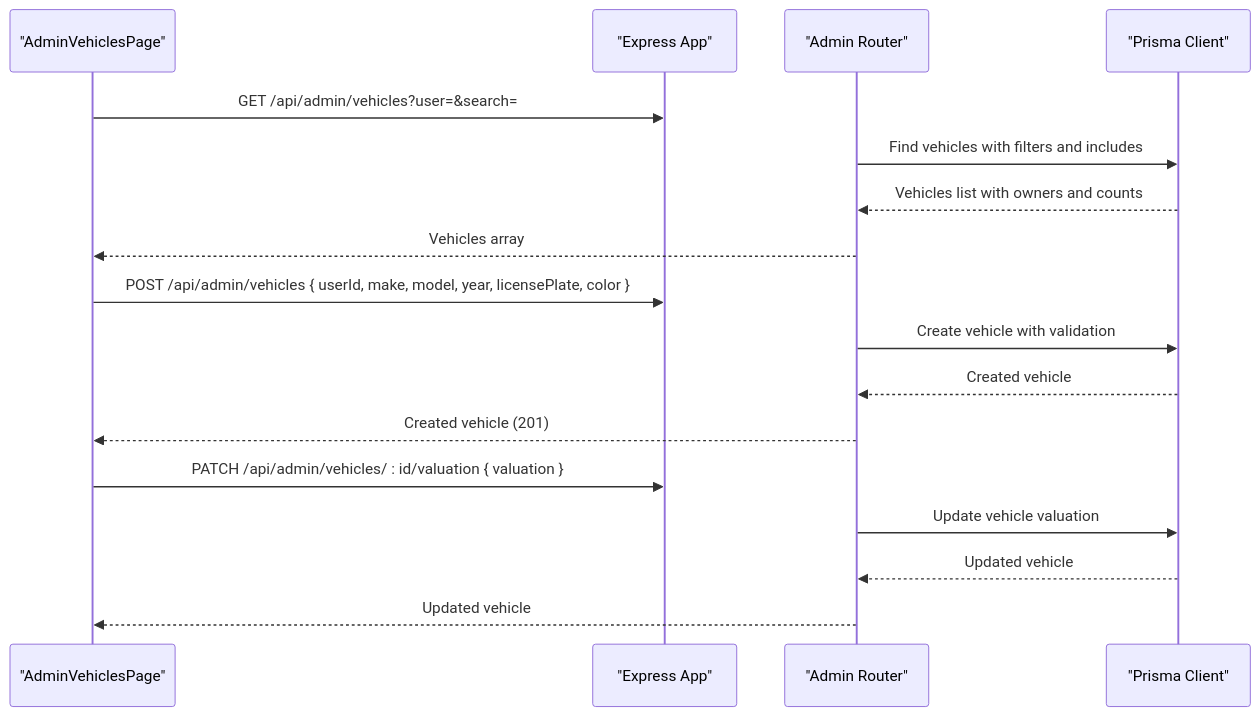
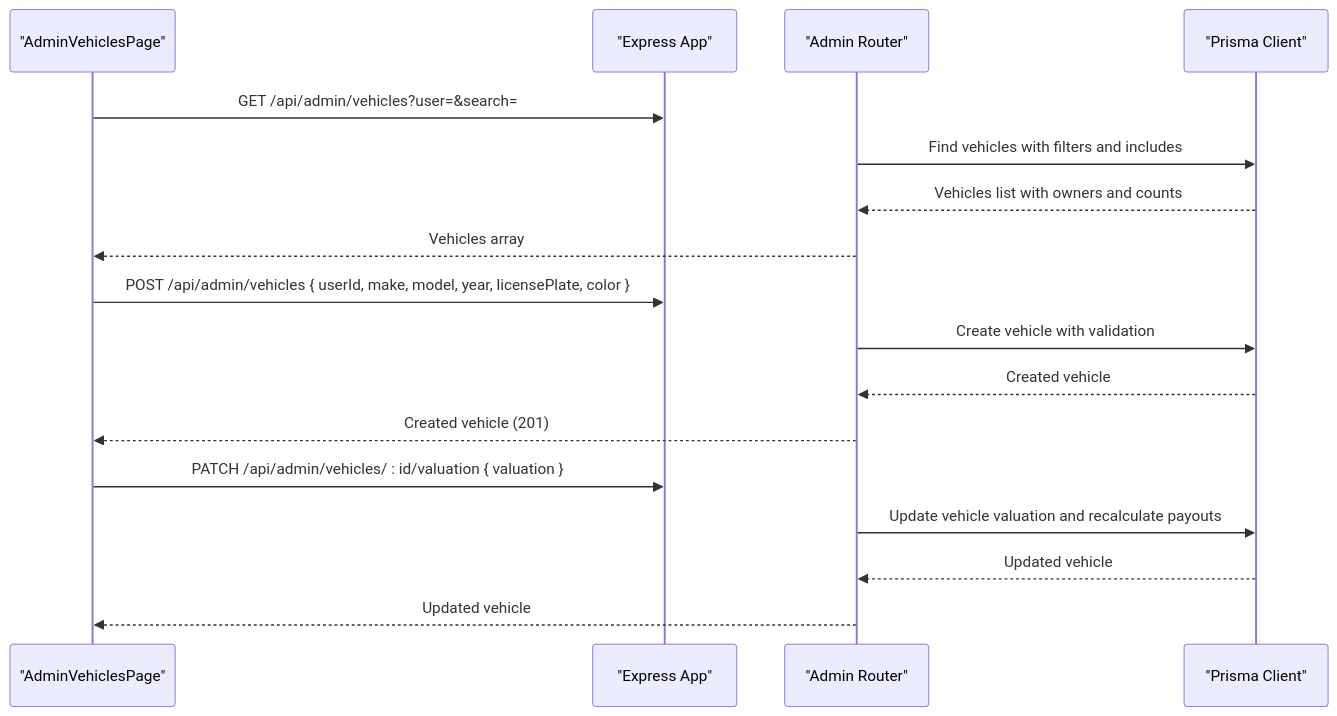
One commit to NaveenHiranya/Smart-Vehicle-Insurance-Claim-System changed the sixth of 12 diagrams in .qoder/repowiki/en/content/Backend Documentation/API Endpoints Reference/Administrative Endpoints.md. Above: the diagram before and after it, drawn with Mermaid. The commit also changed other lines of this file and 38 other files, not shown here.

````diff
--- a/.qoder/repowiki/en/content/Backend Documentation/API Endpoints Reference/Administrative Endpoints.md
+++ b/.qoder/repowiki/en/content/Backend Documentation/API Endpoints Reference/Administrative Endpoints.md
@@ -255,19 +267,19 @@
 ```mermaid
 sequenceDiagram
 participant FE as "AdminVehiclesPage"
 participant API as "Express App"
 participant AR as "Admin Router"
 participant DB as "Prisma Client"
 FE->>API : GET /api/admin/vehicles?user=&search=
 AR->>DB : Find vehicles with filters and includes
 DB-->>AR : Vehicles list with owners and counts
 AR-->>FE : Vehicles array
 FE->>API : POST /api/admin/vehicles { userId, make, model, year, licensePlate, color }
 AR->>DB : Create vehicle with validation
 DB-->>AR : Created vehicle
 AR-->>FE : Created vehicle (201)
 FE->>API : PATCH /api/admin/vehicles/ : id/valuation { valuation }
-AR->>DB : Update vehicle valuation
+AR->>DB : Update vehicle valuation and recalculate payouts
 DB-->>AR : Updated vehicle
 AR-->>FE : Updated vehicle
 ```
````
